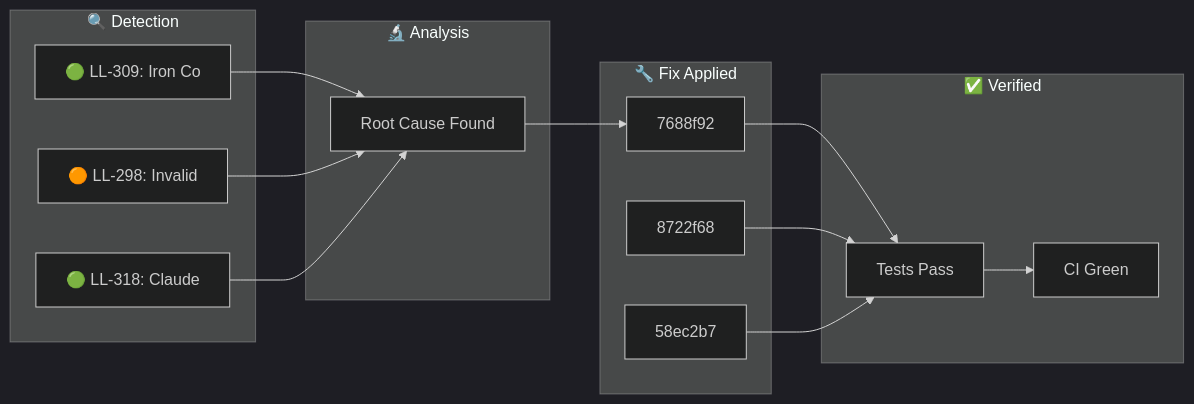
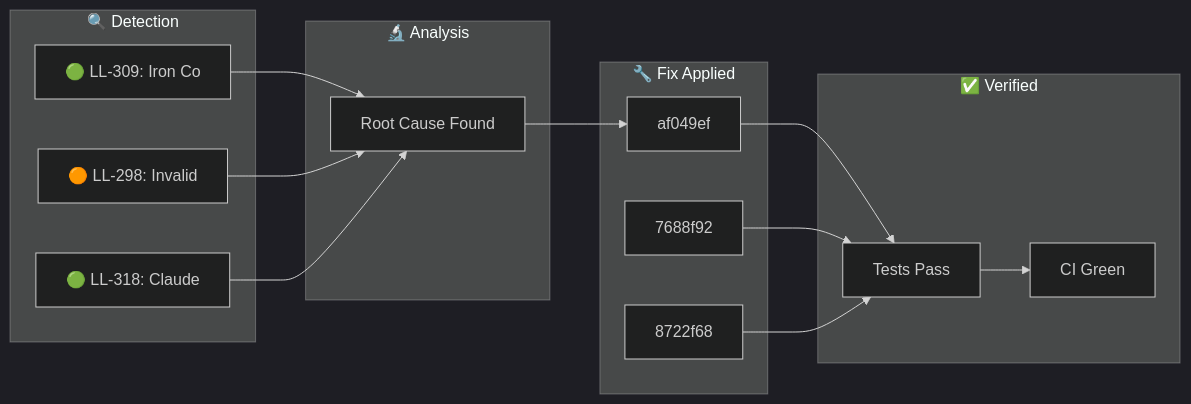
Before and after one commit to YoByron/trading: the diagram in docs/_posts/2026-01-30-ralph-discovery.md, drawn with Mermaid (dark theme). The commit also changed other lines of this file, not shown here.

Commit message:
docs(ralph): Auto-publish discovery blog post

````diff
--- a/docs/_posts/2026-01-30-ralph-discovery.md
+++ b/docs/_posts/2026-01-30-ralph-discovery.md
@@ -17,28 +17,28 @@
 ```mermaid
 flowchart LR
     subgraph Detection["🔍 Detection"]
         D1["🟢 LL-309: Iron Co"]
         D2["🟠 LL-298: Invalid"]
         D3["🟢 LL-318: Claude "]
     end
     subgraph Analysis["🔬 Analysis"]
         A1["Root Cause Found"]
     end
     subgraph Fix["🔧 Fix Applied"]
-        F1["7688f92"]
-        F2["8722f68"]
-        F3["58ec2b7"]
+        F1["af049ef"]
+        F2["7688f92"]
+        F3["8722f68"]
     end
     subgraph Verify["✅ Verified"]
         V1["Tests Pass"]
         V2["CI Green"]
     end
     D1 --> A1
     D2 --> A1
     D3 --> A1
     A1 --> F1
     F1 --> V1
     F2 --> V1
     F3 --> V1
     V1 --> V2
 ```
````
